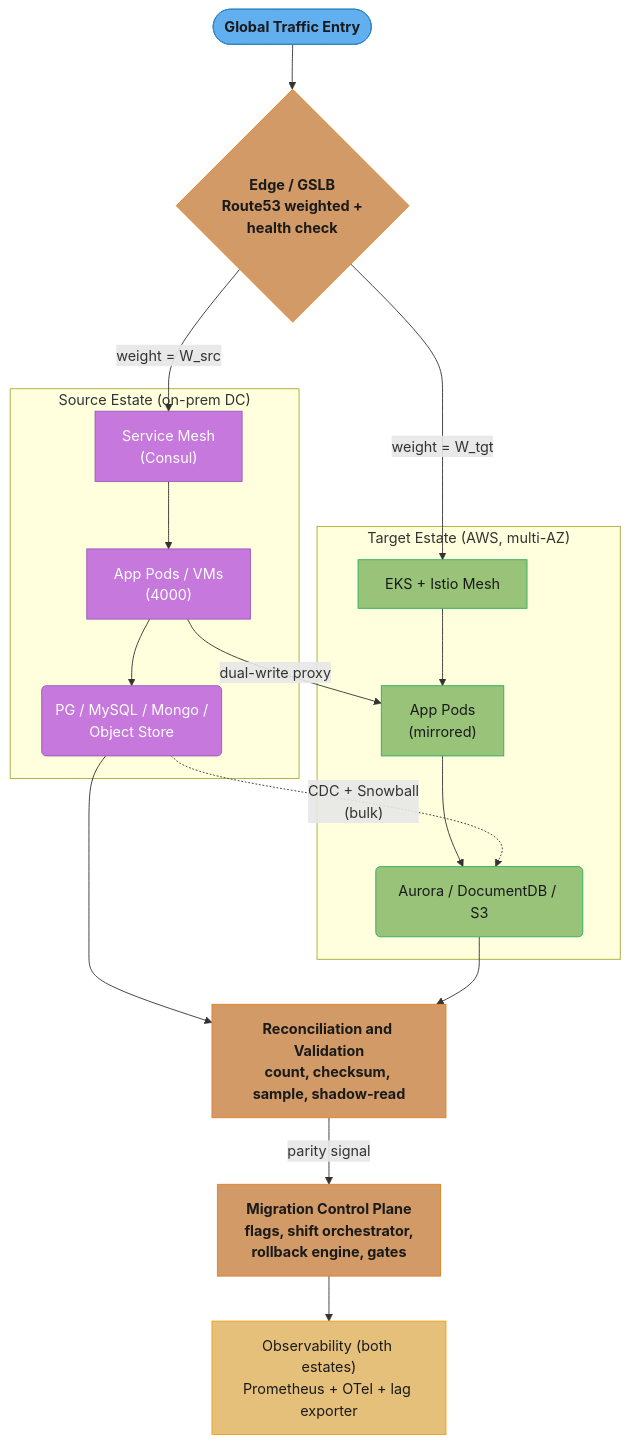
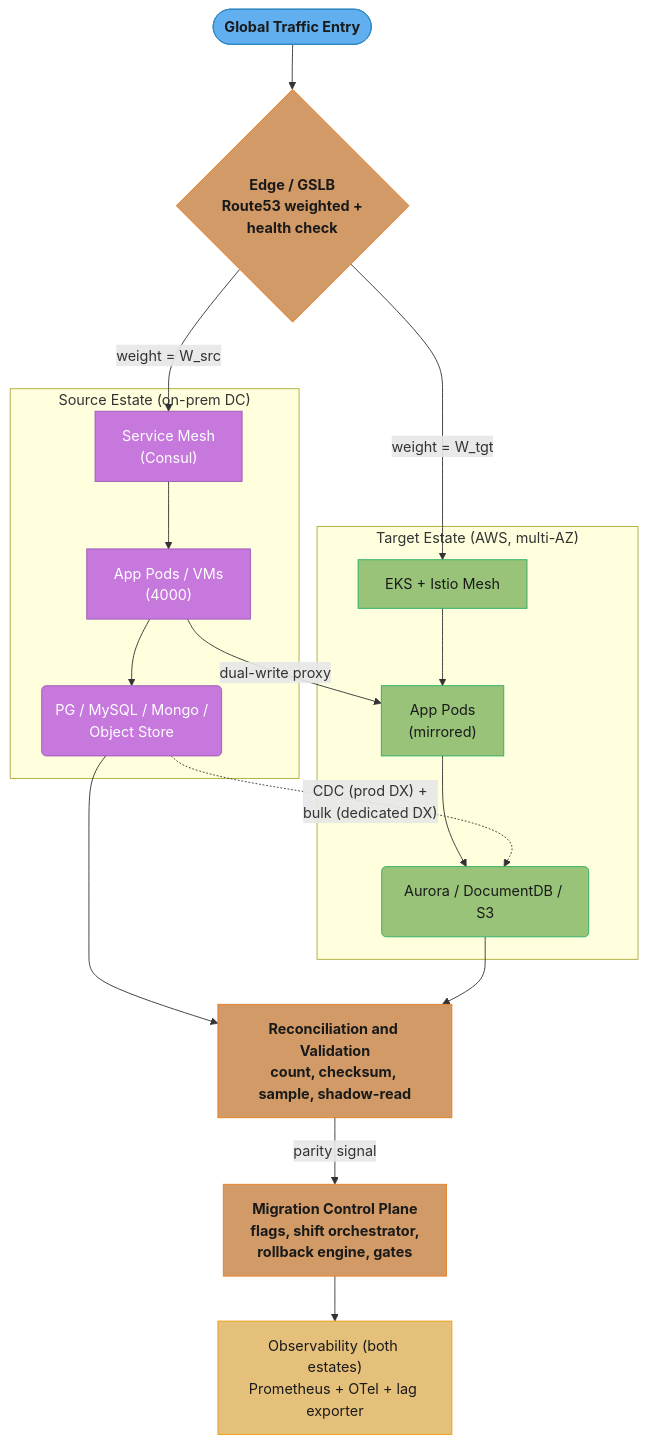
One commit to rppol/system-design changed the third of 9 diagrams in src/main/java/com/rutik/systemdesign/devops/case_studies/design_zero_downtime_infra_migration.md. Above: the diagram before and after it, drawn with Mermaid. The commit also changed other lines of this file and 3 other files, not shown here.

````diff
--- a/src/main/java/com/rutik/systemdesign/devops/case_studies/design_zero_downtime_infra_migration.md
+++ b/src/main/java/com/rutik/systemdesign/devops/case_studies/design_zero_downtime_infra_migration.md
@@ -162,42 +170,42 @@
 ```mermaid
 flowchart TD
     classDef io      fill:#61afef,stroke:#2e86c1,color:#1a1a1a,font-weight:bold
     classDef frozen  fill:#c678dd,stroke:#9b59b6,color:#fff
     classDef train   fill:#98c379,stroke:#27ae60,color:#1a1a1a
     classDef mathOp  fill:#d19a66,stroke:#e67e22,color:#1a1a1a,font-weight:bold
     classDef lossN   fill:#e06c75,stroke:#c0392b,color:#fff,font-weight:bold
     classDef req     fill:#56b6c2,stroke:#0097a7,color:#1a1a1a
     classDef base    fill:#e5c07b,stroke:#f39c12,color:#1a1a1a
 
     entry(["Global Traffic Entry"]) --> gslb{"Edge / GSLB<br/>Route53 weighted +<br/>health check"}
 
     gslb -->|"weight = W_src"| srcMesh["Service Mesh<br/>(Consul)"]
     gslb -->|"weight = W_tgt"| tgtMesh["EKS + Istio Mesh"]
 
     subgraph SRC["Source Estate (on-prem DC)"]
         srcMesh --> srcApp["App Pods / VMs<br/>(4000)"]
         srcApp --> srcDb("PG / MySQL / Mongo /<br/>Object Store")
     end
 
     subgraph TGT["Target Estate (AWS, multi-AZ)"]
         tgtMesh --> tgtApp["App Pods<br/>(mirrored)"]
         tgtApp --> tgtDb("Aurora / DocumentDB / S3")
     end
 
     srcApp -->|"dual-write proxy"| tgtApp
-    srcDb -.->|"CDC + Snowball<br/>(bulk)"| tgtDb
+    srcDb -.->|"CDC (prod DX) +<br/>bulk (dedicated DX)"| tgtDb
 
     srcDb --> recon["Reconciliation and Validation<br/>count, checksum, sample, shadow-read"]
     tgtDb --> recon
 
     recon -->|"parity signal"| ctrl["Migration Control Plane<br/>flags, shift orchestrator,<br/>rollback engine, gates"]
     ctrl --> obs["Observability (both estates)<br/>Prometheus + OTel + lag exporter"]
 
     class entry io
     class gslb mathOp
     class srcMesh,srcApp,srcDb frozen
     class tgtMesh,tgtApp,tgtDb train
     class recon mathOp
     class ctrl mathOp
     class obs base
 ```
````
